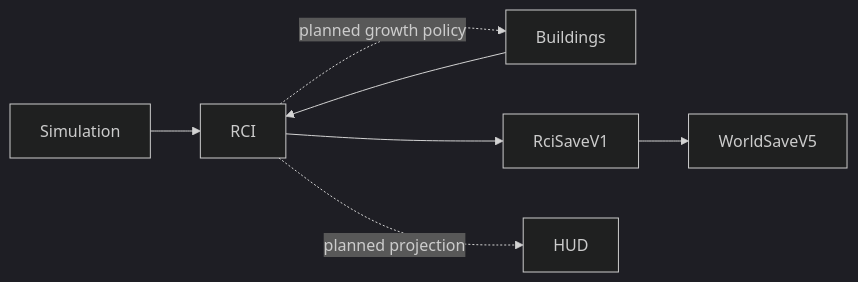
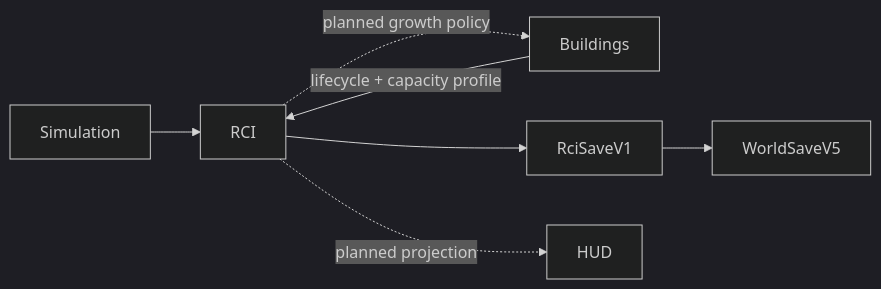
The diagram in docs/systems/rci/README.md (petechatchawan/web-three-city), drawn with Mermaid (dark theme) before and after one commit. The commit also changed other lines of this file, not shown here.

Commit message:
docs(rci): document housing and migration behavior

````diff
--- a/docs/systems/rci/README.md
+++ b/docs/systems/rci/README.md
@@ -73,9 +83,9 @@
 ```mermaid
 flowchart LR
   Simulation --> RCI
-  Buildings --> RCI
+  Buildings -->|lifecycle + capacity profile| RCI
   RCI --> RciSaveV1
   RciSaveV1 --> WorldSaveV5
   RCI -. planned growth policy .-> Buildings
   RCI -. planned projection .-> HUD
 ```
````
